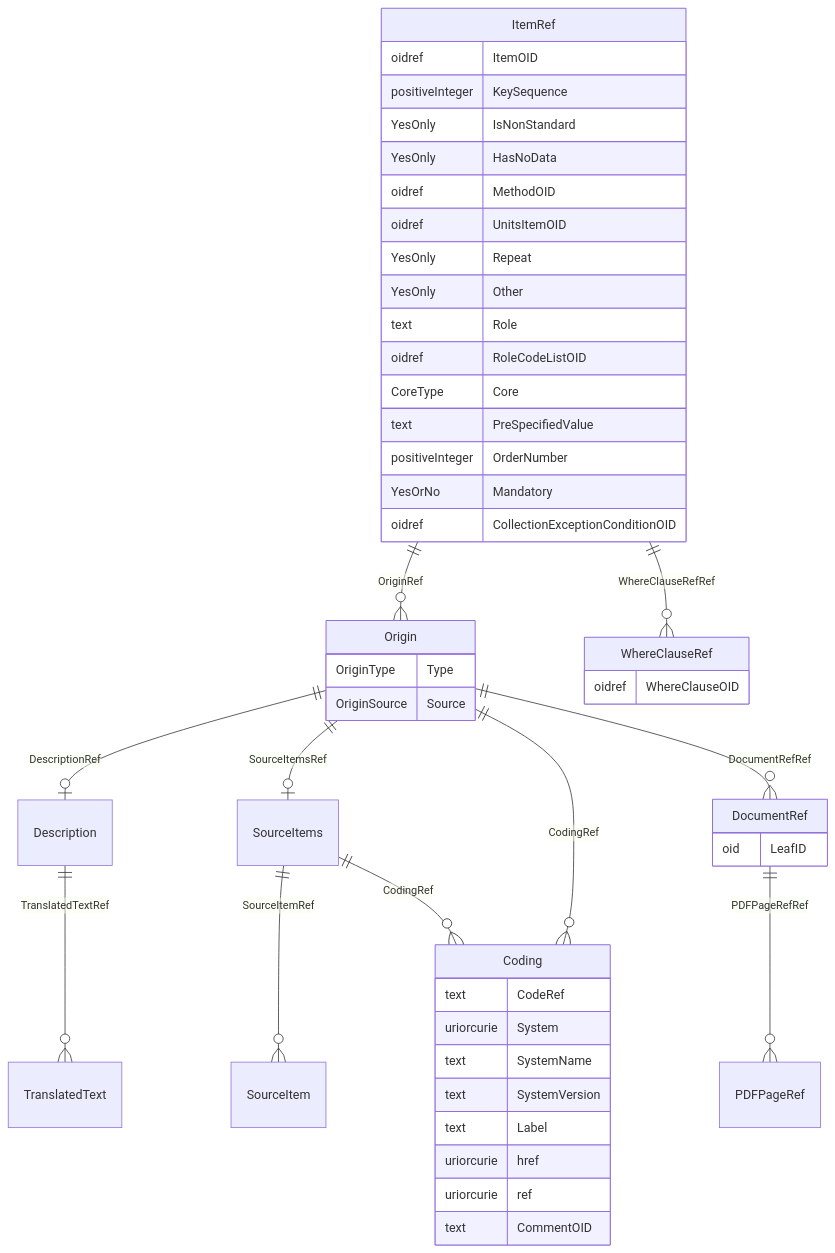
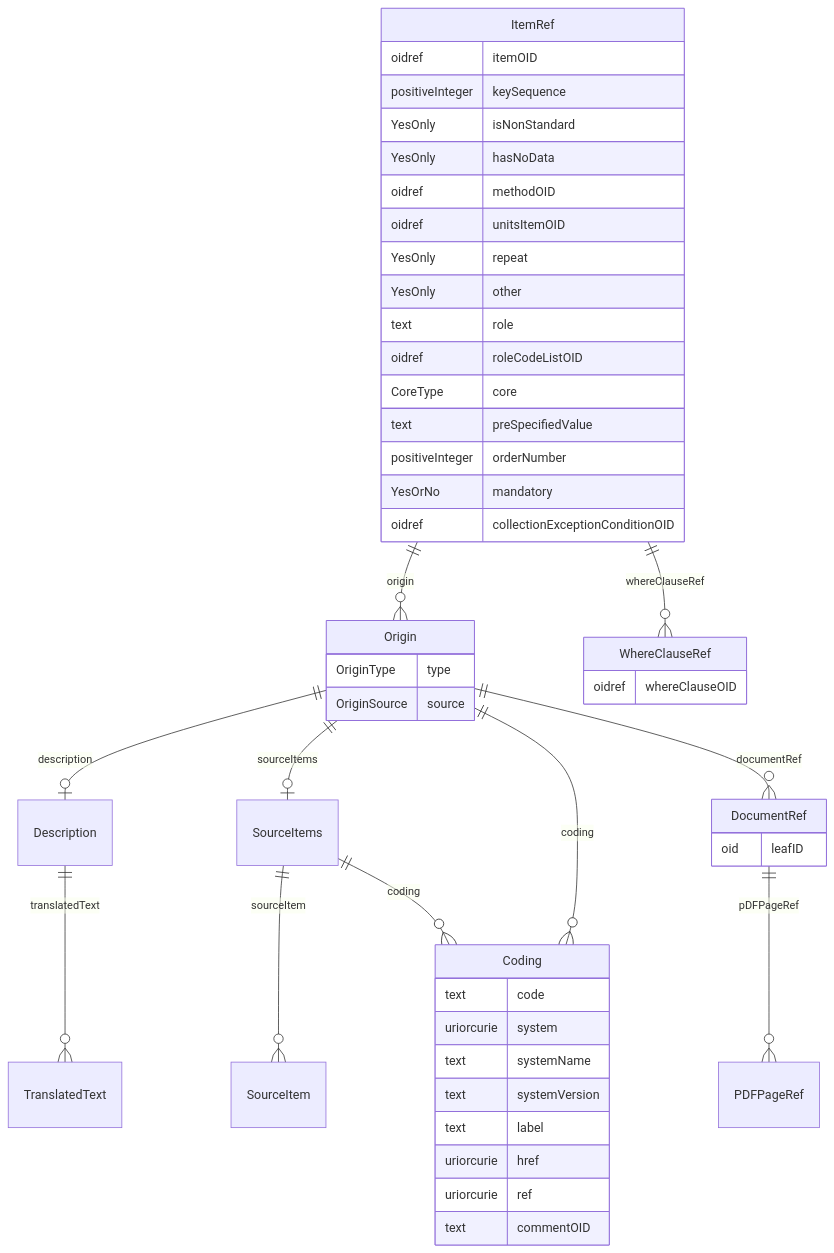
Before and after one commit to cdisc-org/DataExchange-ODM-LinkML: the diagram in docs/ItemRef.md, drawn with Mermaid. The commit also changed other lines of this file and 759 other files, not shown here.

````diff
--- a/docs/ItemRef.md
+++ b/docs/ItemRef.md
@@ -11,58 +11,58 @@
 ```mermaid
 erDiagram
 ItemRef {
-    oidref ItemOID  
-    positiveInteger KeySequence  
-    YesOnly IsNonStandard  
-    YesOnly HasNoData  
-    oidref MethodOID  
-    oidref UnitsItemOID  
-    YesOnly Repeat  
-    YesOnly Other  
-    text Role  
-    oidref RoleCodeListOID  
-    CoreType Core  
-    text PreSpecifiedValue  
-    positiveInteger OrderNumber  
-    YesOrNo Mandatory  
-    oidref CollectionExceptionConditionOID  
+    oidref itemOID  
+    positiveInteger keySequence  
+    YesOnly isNonStandard  
+    YesOnly hasNoData  
+    oidref methodOID  
+    oidref unitsItemOID  
+    YesOnly repeat  
+    YesOnly other  
+    text role  
+    oidref roleCodeListOID  
+    CoreType core  
+    text preSpecifiedValue  
+    positiveInteger orderNumber  
+    YesOrNo mandatory  
+    oidref collectionExceptionConditionOID  
 }
 WhereClauseRef {
-    oidref WhereClauseOID  
+    oidref whereClauseOID  
 }
 Origin {
-    OriginType Type  
-    OriginSource Source  
+    OriginType type  
+    OriginSource source  
 }
 DocumentRef {
-    oid LeafID  
+    oid leafID  
 }
 Coding {
-    text CodeRef  
-    uriorcurie System  
-    text SystemName  
-    text SystemVersion  
-    text Label  
+    text code  
+    uriorcurie system  
+    text systemName  
+    text systemVersion  
+    text label  
     uriorcurie href  
     uriorcurie ref  
-    text CommentOID  
+    text commentOID  
 }
 SourceItems {
 
 }
 Description {
 
 }
 
-ItemRef ||--}o Origin : "OriginRef"
-ItemRef ||--}o WhereClauseRef : "WhereClauseRefRef"
-Origin ||--|o Description : "DescriptionRef"
-Origin ||--|o SourceItems : "SourceItemsRef"
-Origin ||--}o Coding : "CodingRef"
-Origin ||--}o DocumentRef : "DocumentRefRef"
-DocumentRef ||--}o PDFPageRef : "PDFPageRefRef"
-SourceItems ||--}o SourceItem : "SourceItemRef"
-SourceItems ||--}o Coding : "CodingRef"
-Description ||--}o TranslatedText : "TranslatedTextRef"
+ItemRef ||--}o Origin : "origin"
+ItemRef ||--}o WhereClauseRef : "whereClauseRef"
+Origin ||--|o Description : "description"
+Origin ||--|o SourceItems : "sourceItems"
+Origin ||--}o Coding : "coding"
+Origin ||--}o DocumentRef : "documentRef"
+DocumentRef ||--}o PDFPageRef : "pDFPageRef"
+SourceItems ||--}o SourceItem : "sourceItem"
+SourceItems ||--}o Coding : "coding"
+Description ||--}o TranslatedText : "translatedText"
 
 ```
````
